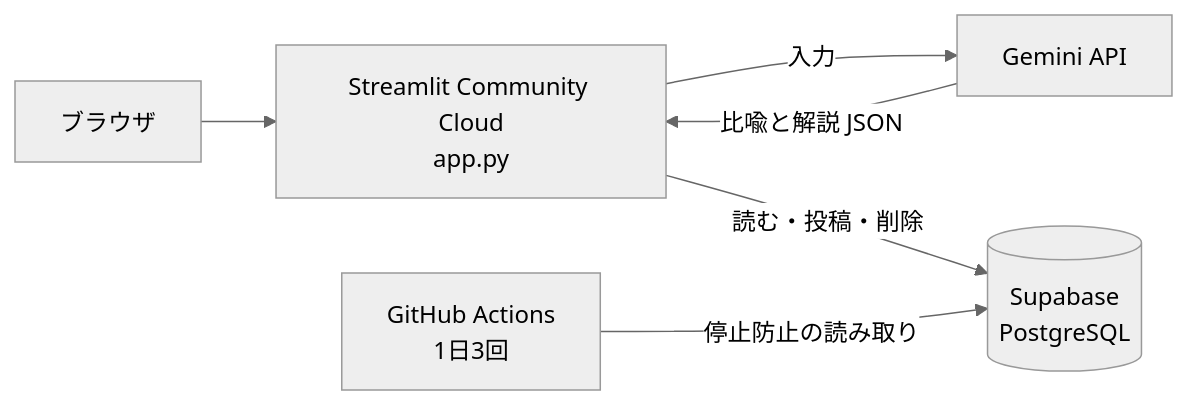
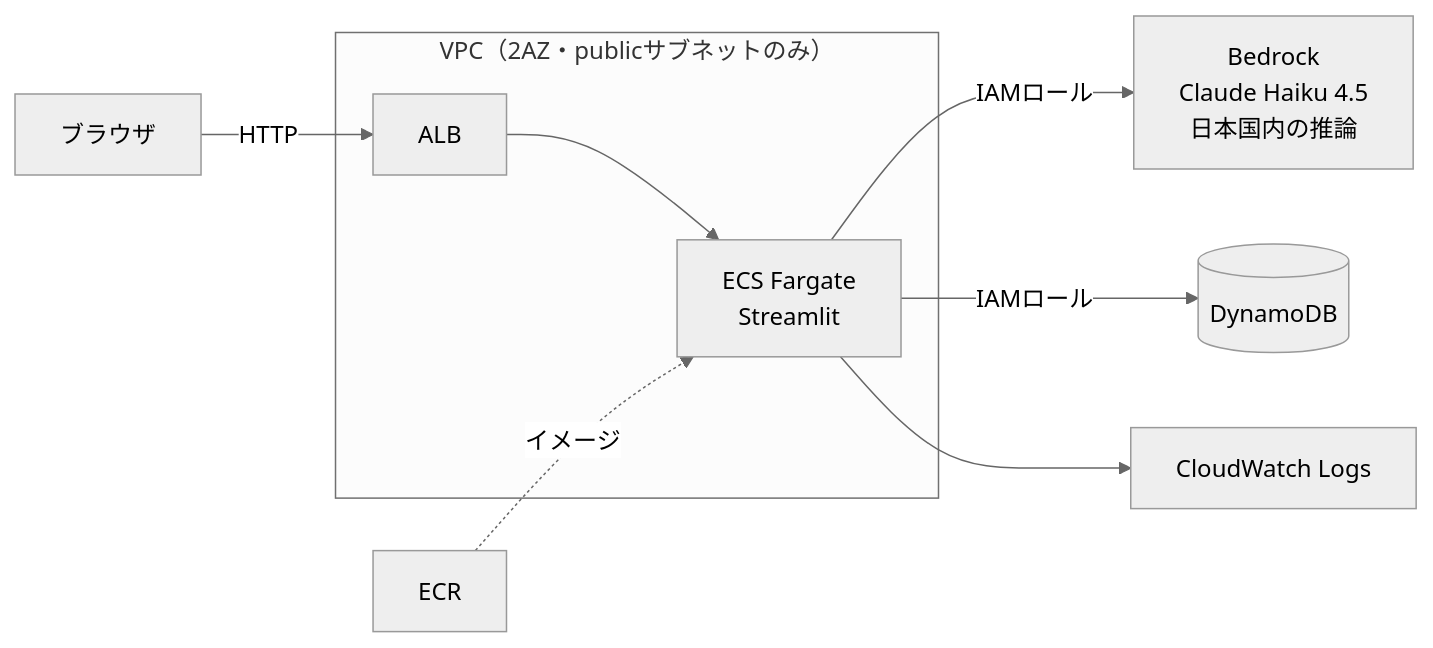
One commit to Hisatoshi-Ejiri-1/metaphor-generator changed the diagram in README.md. Above: the diagram before and after it, drawn with Mermaid (neutral theme). The commit also changed other lines of this file and 19 other files, not shown here.

First line of the commit message:
AWSへ移行：ECS on Fargate＋Bedrock＋DynamoDB（Terraform 2層）

````diff
--- a/README.md
+++ b/README.md
@@ -19,8 +20,11 @@
 ```mermaid
 flowchart LR
-    U[ブラウザ] --> S[Streamlit Community Cloud<br/>app.py]
-    S -->|入力| G[Gemini API]
-    G -->|比喩と解説 JSON| S
-    S -->|読む・投稿・削除| D[(Supabase<br/>PostgreSQL)]
-    A[GitHub Actions<br/>1日3回] -->|停止防止の読み取り| D
+    U[ブラウザ] -->|HTTP| ALB
+    subgraph VPC["VPC（2AZ・publicサブネットのみ）"]
+        ALB[ALB] --> ECS[ECS Fargate<br/>Streamlit]
+    end
+    ECS -->|IAMロール| B[Bedrock<br/>Claude Haiku 4.5<br/>日本国内の推論]
+    ECS -->|IAMロール| D[(DynamoDB)]
+    ECS --> L[CloudWatch Logs]
+    R[ECR] -.イメージ.-> ECS
 ```
````
